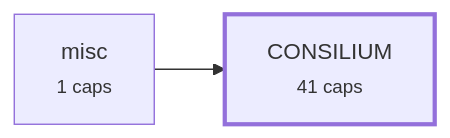
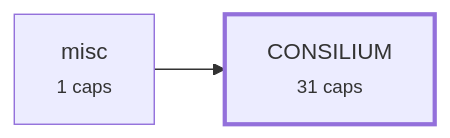
Before and after one commit to alxmax/Consilium_Demo: the third of 4 diagrams in requirements/_map.md, drawn with Mermaid. The commit also changed other lines of this file and 35 other files, not shown here.

````diff
--- a/requirements/_map.md
+++ b/requirements/_map.md
@@ -264,7 +208,7 @@
 ```mermaid
 graph LR
-  a_CONSILIUM["CONSILIUM<br><small>41 caps</small>"]
+  a_CONSILIUM["CONSILIUM<br><small>31 caps</small>"]
   a_misc["misc<br><small>1 caps</small>"]
   a_misc --> a_CONSILIUM
   style a_CONSILIUM stroke-width:3px
 ```
````
